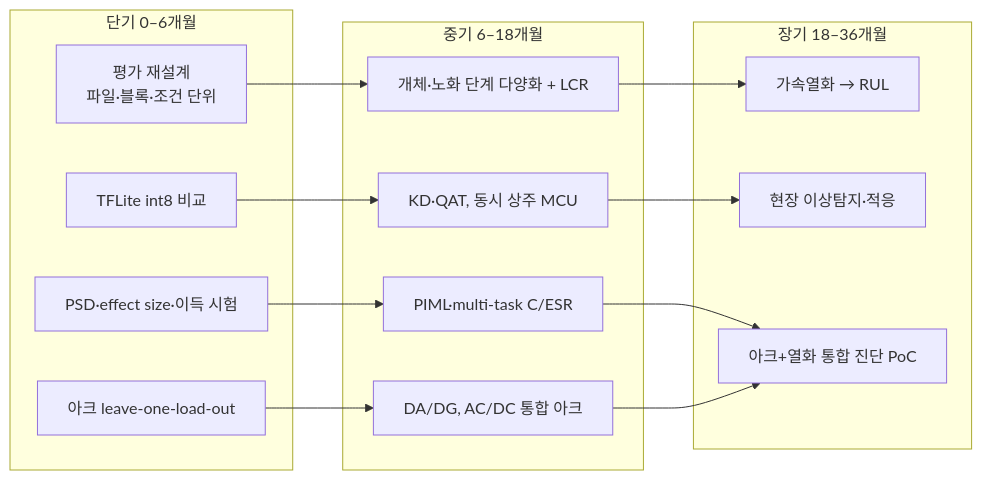
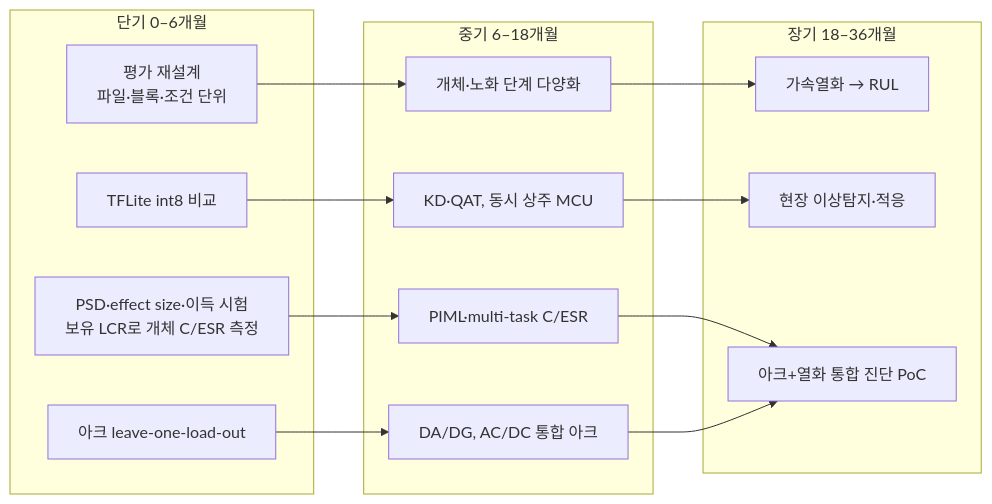
The seventh of 7 diagrams in workspace/reports/2026-10-07-ai-utilization/07_AI_utilization_report_FINAL.md (qkralswp08-svg/C-Users-windows-Desktop-), drawn with Mermaid before and after one commit. The commit also changed other lines of this file and 12 other files, not shown here.

````diff
--- a/workspace/reports/2026-10-07-ai-utilization/07_AI_utilization_report_FINAL.md
+++ b/workspace/reports/2026-10-07-ai-utilization/07_AI_utilization_report_FINAL.md
@@ -437,24 +448,24 @@
 ```mermaid
 flowchart LR
   subgraph S["단기 0–6개월"]
     S1["평가 재설계<br/>파일·블록·조건 단위"]
-    S2["PSD·effect size·이득 시험"]
+    S2["PSD·effect size·이득 시험<br/>보유 LCR로 개체 C/ESR 측정"]
     S3["아크 leave-one-load-out"]
     S4["TFLite int8 비교"]
   end
   subgraph M["중기 6–18개월"]
-    M1["개체·노화 단계 다양화 + LCR"]
+    M1["개체·노화 단계 다양화"]
     M2["PIML·multi-task C/ESR"]
     M3["DA/DG, AC/DC 통합 아크"]
     M4["KD·QAT, 동시 상주 MCU"]
   end
   subgraph L["장기 18–36개월"]
     L1["가속열화 → RUL"]
     L2["현장 이상탐지·적응"]
     L3["아크+열화 통합 진단 PoC"]
   end
   S1 --> M1 --> L1
   S2 --> M2 --> L3
   S3 --> M3 --> L3
   S4 --> M4 --> L2
 ```
````
